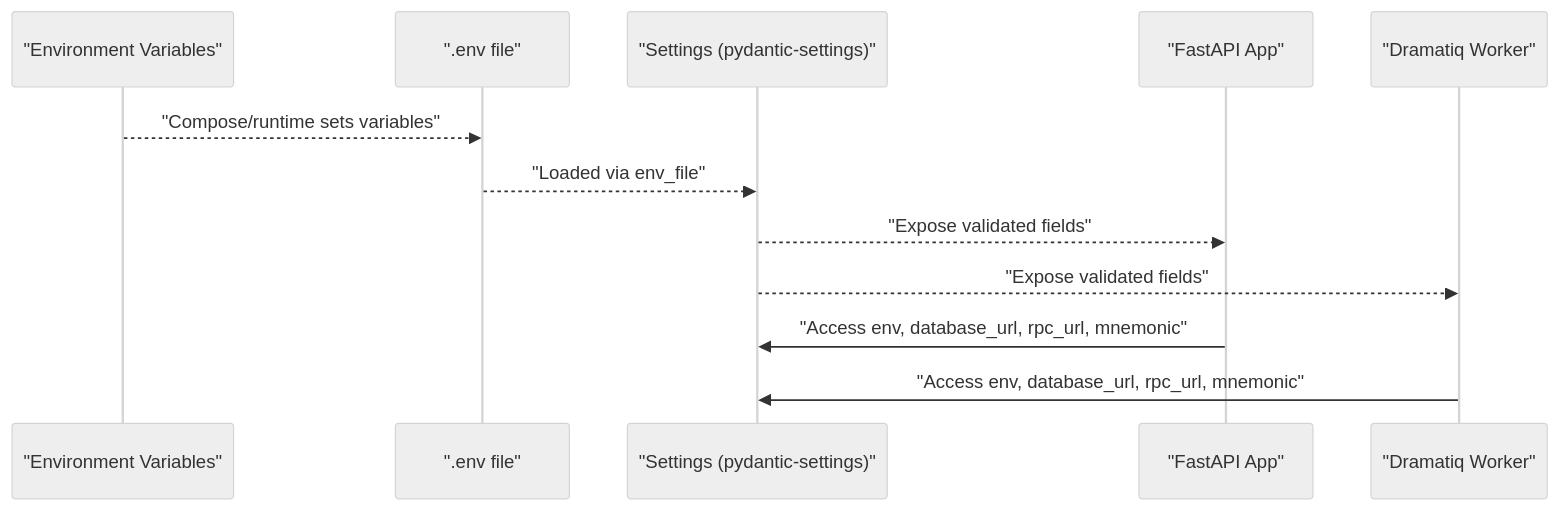
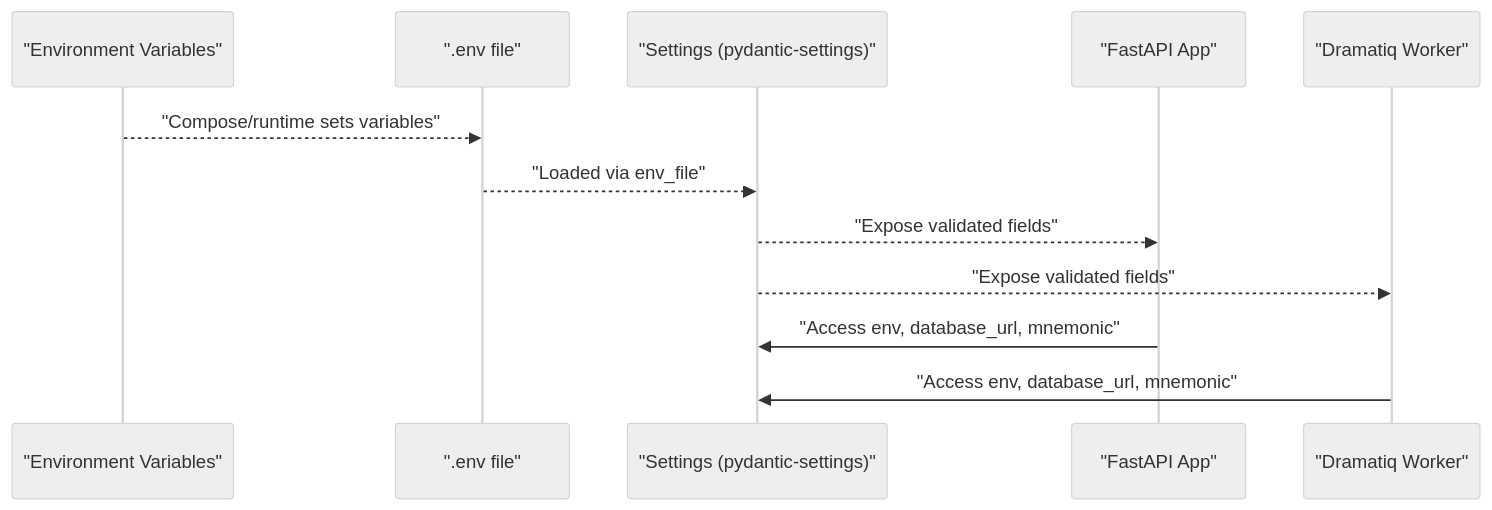
Before and after one commit to rakibhossain72/ctrip-docs: the second of 8 diagrams in docs/configuration-management/environment-variables.md, drawn with Mermaid (neutral theme). The commit also changed other lines of this file and 8 other files, not shown here.

Commit message:
docs: Remove all mentions of a global RPC URL and its fallback mechanism, relying solely on chains.yaml for RPC configuration.

````diff
--- a/docs/configuration-management/environment-variables.md
+++ b/docs/configuration-management/environment-variables.md
@@ -102,14 +101,14 @@
 ```mermaid
 sequenceDiagram
 participant Env as "Environment Variables"
 participant DotEnv as ".env file"
 participant Settings as "Settings (pydantic-settings)"
 participant App as "FastAPI App"
 participant Worker as "Dramatiq Worker"
 Env-->>DotEnv : "Compose/runtime sets variables"
 DotEnv-->>Settings : "Loaded via env_file"
 Settings-->>App : "Expose validated fields"
 Settings-->>Worker : "Expose validated fields"
-App->>Settings : "Access env, database_url, rpc_url, mnemonic"
-Worker->>Settings : "Access env, database_url, rpc_url, mnemonic"
+App->>Settings : "Access env, database_url, mnemonic"
+Worker->>Settings : "Access env, database_url, mnemonic"
 ```
````
